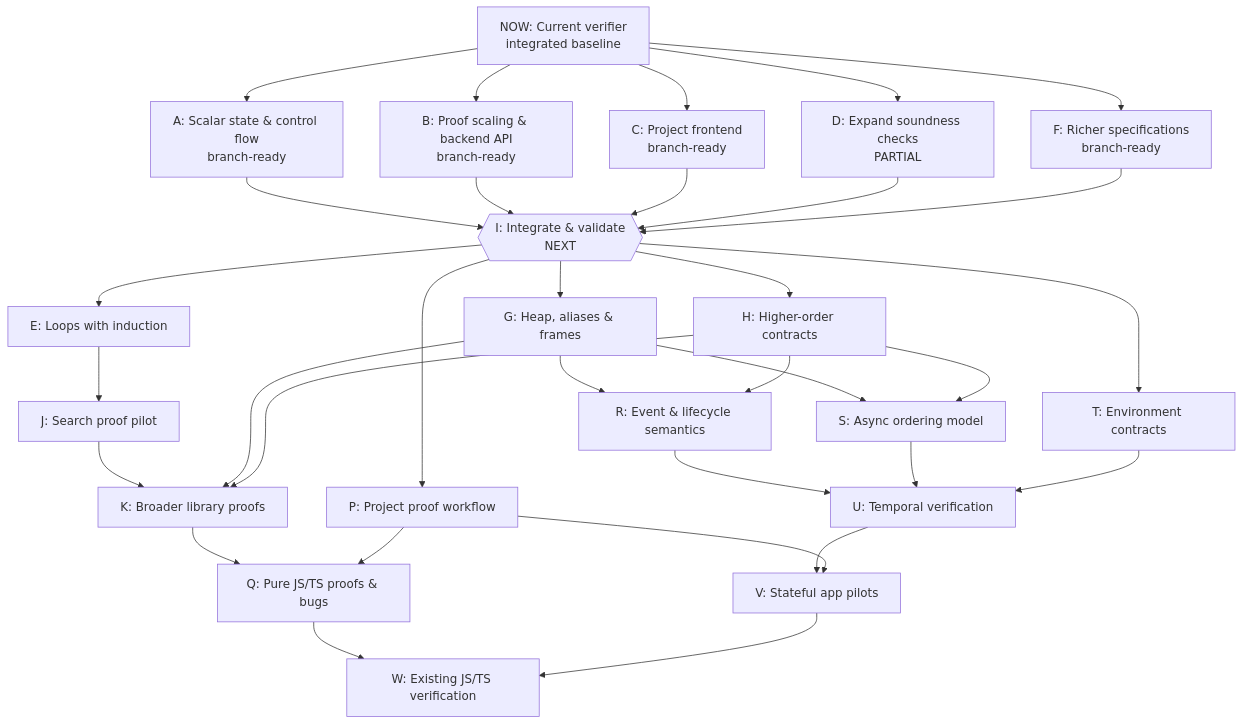
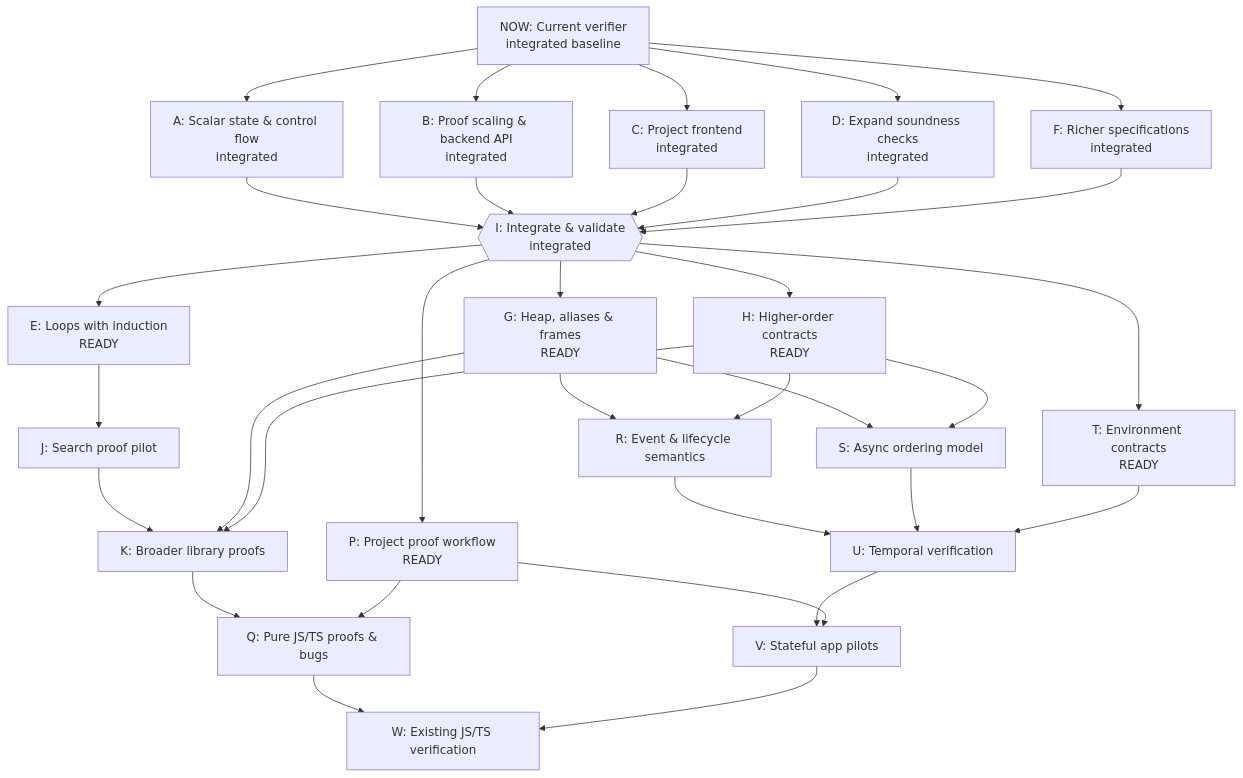
Before and after one commit to rickono/verified-list-ui: the diagram in docs/verification-roadmap.md, drawn with Mermaid. The commit also changed other lines of this file and 5 other files, not shown here.

````diff
--- a/docs/verification-roadmap.md
+++ b/docs/verification-roadmap.md
@@ -7,55 +7,55 @@
 ```mermaid
 flowchart TD
   NOW["NOW: Current verifier<br/>integrated baseline"]
-  A["A: Scalar state &amp; control flow<br/>branch-ready"]
-  B["B: Proof scaling &amp; backend API<br/>branch-ready"]
-  C["C: Project frontend<br/>branch-ready"]
-  D["D: Expand soundness checks<br/>PARTIAL"]
-  F["F: Richer specifications<br/>branch-ready"]
-  I{{"I: Integrate &amp; validate<br/>NEXT"}}
-  E["E: Loops with induction"]
-  G["G: Heap, aliases &amp; frames"]
-  H["H: Higher-order contracts"]
+  A["A: Scalar state &amp; control flow<br/>integrated"]
+  B["B: Proof scaling &amp; backend API<br/>integrated"]
+  C["C: Project frontend<br/>integrated"]
+  D["D: Expand soundness checks<br/>integrated"]
+  F["F: Richer specifications<br/>integrated"]
+  I{{"I: Integrate &amp; validate<br/>integrated"}}
+  E["E: Loops with induction<br/>READY"]
+  G["G: Heap, aliases &amp; frames<br/>READY"]
+  H["H: Higher-order contracts<br/>READY"]
   J["J: Search proof pilot"]
   K["K: Broader library proofs"]
-  P["P: Project proof workflow"]
+  P["P: Project proof workflow<br/>READY"]
   Q["Q: Pure JS/TS proofs &amp; bugs"]
   R["R: Event &amp; lifecycle semantics"]
   S["S: Async ordering model"]
-  T["T: Environment contracts"]
+  T["T: Environment contracts<br/>READY"]
   U["U: Temporal verification"]
   V["V: Stateful app pilots"]
   W["W: Existing JS/TS verification"]
   NOW --> A
   NOW --> B
   NOW --> C
   NOW --> D
   NOW --> F
   A --> I
   B --> I
   C --> I
   D --> I
   F --> I
   I --> E
   I --> G
   I --> H
   E --> J
   J --> K
   G --> K
   H --> K
   I --> P
   K --> Q
   P --> Q
   G --> R
   H --> R
   G --> S
   H --> S
   I --> T
   R --> U
   S --> U
   T --> U
   U --> V
   P --> V
   Q --> W
   V --> W
 ```
````
